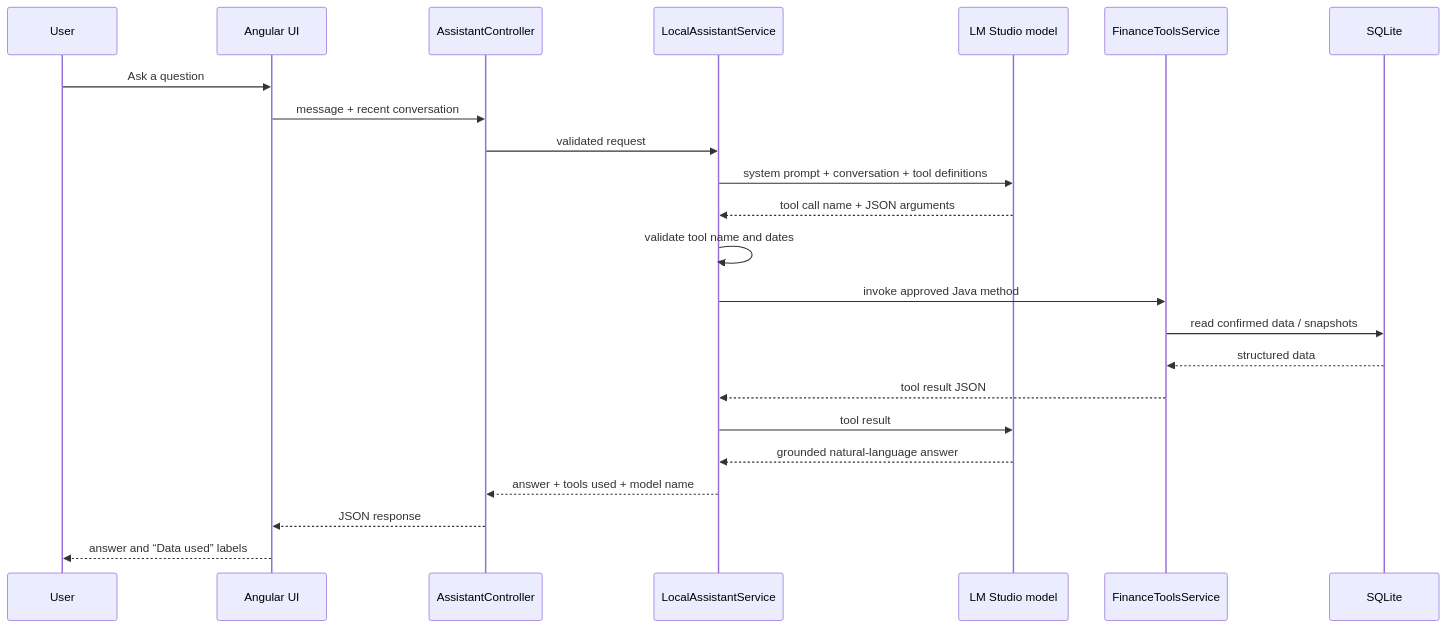
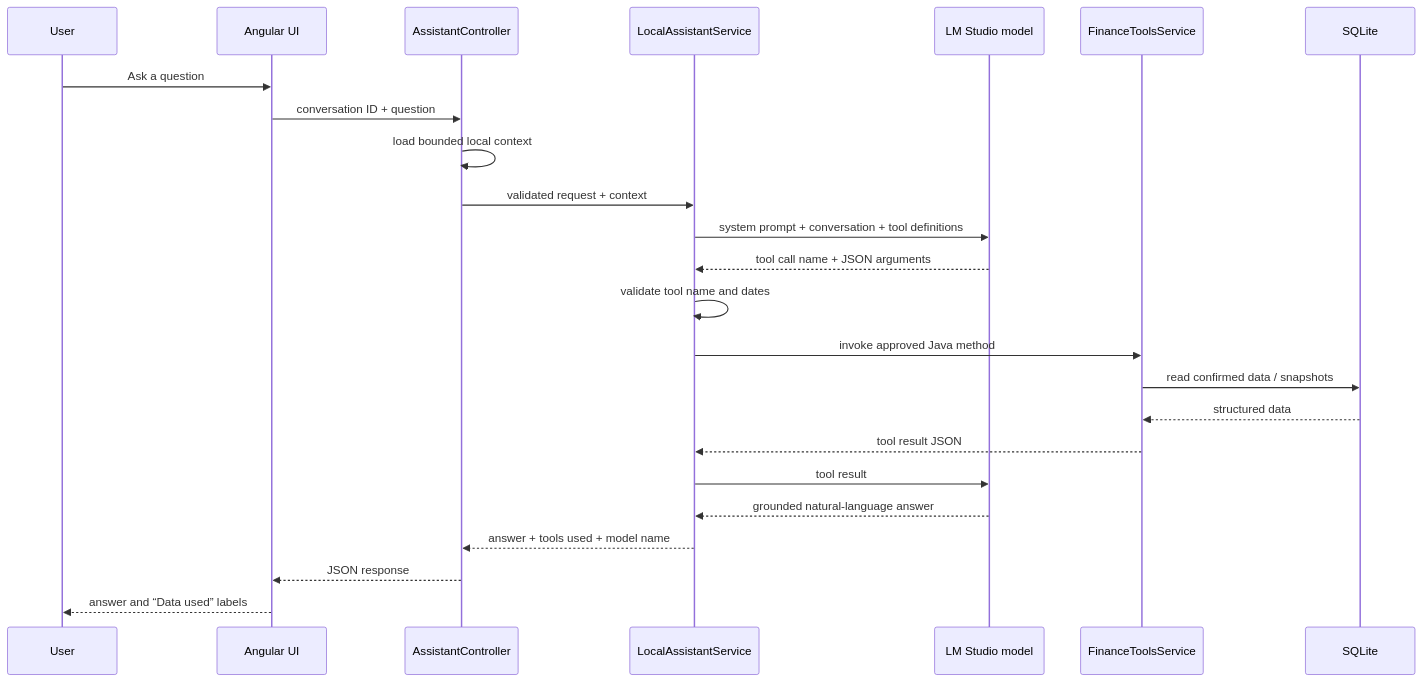
Before and after one commit to prprathikantam1991/personal-finance-tracker: the third of 6 diagrams in docs/AI_ASSISTANT_ARCHITECTURE.md, drawn with Mermaid. The commit also changed other lines of this file and 9 other files, not shown here.

Commit message:
docs: align roadmap with delivered assistant behavior

````diff
--- a/docs/AI_ASSISTANT_ARCHITECTURE.md
+++ b/docs/AI_ASSISTANT_ARCHITECTURE.md
@@ -153,26 +154,27 @@
 ```mermaid
 sequenceDiagram
     participant User
     participant UI as Angular UI
     participant API as AssistantController
     participant O as LocalAssistantService
     participant L as LM Studio model
     participant T as FinanceToolsService
     participant DB as SQLite
 
     User->>UI: Ask a question
-    UI->>API: message + recent conversation
-    API->>O: validated request
+    UI->>API: conversation ID + question
+    API->>API: load bounded local context
+    API->>O: validated request + context
     O->>L: system prompt + conversation + tool definitions
     L-->>O: tool call name + JSON arguments
     O->>O: validate tool name and dates
     O->>T: invoke approved Java method
     T->>DB: read confirmed data / snapshots
     DB-->>T: structured data
     T-->>O: tool result JSON
     O->>L: tool result
     L-->>O: grounded natural-language answer
     O-->>API: answer + tools used + model name
     API-->>UI: JSON response
     UI-->>User: answer and “Data used” labels
 ```
````
